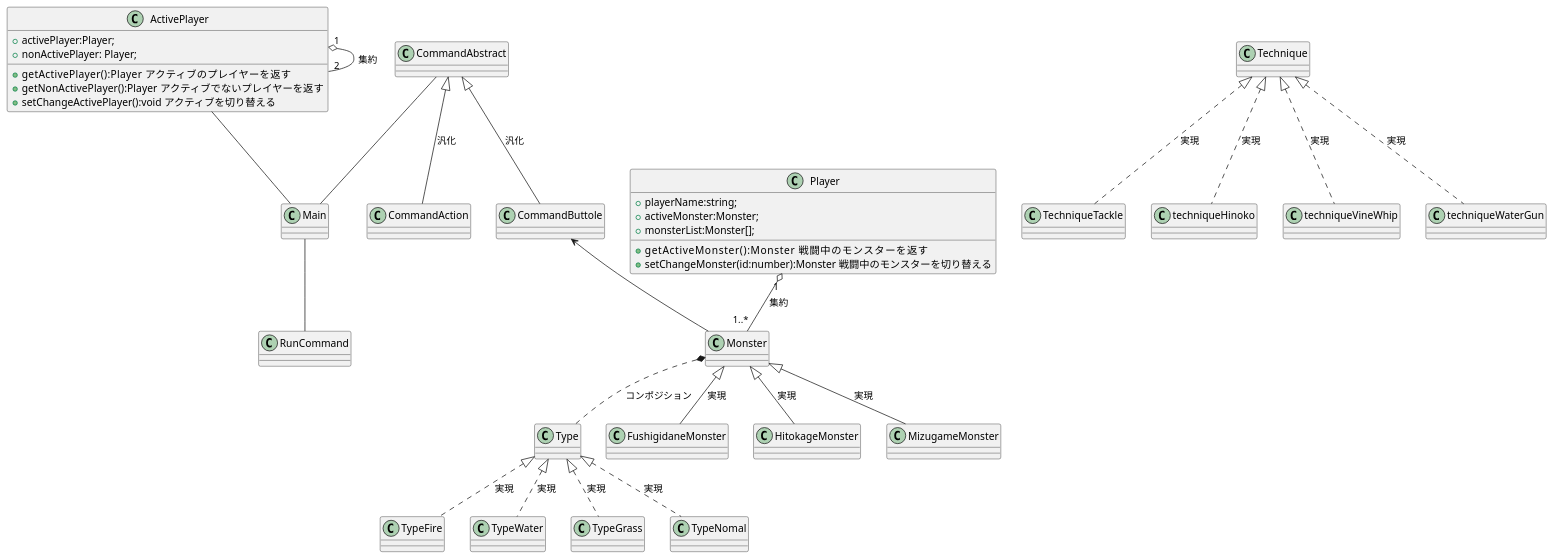
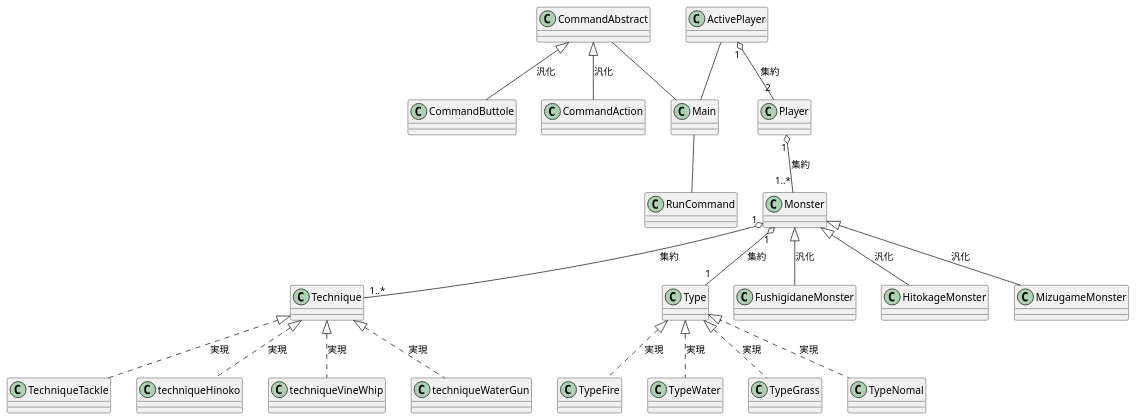
One commit to Nash-BETA/battle_app changed the diagram in test.pu. Above: the diagram before and after it, drawn with PlantUML. The commit also changed 11 other files, not shown here.

```diff
--- a/test.pu
+++ b/test.pu
@@ -1,49 +1,31 @@
 @startuml TwiitDisplay
-
-class ActivePlayer{
-    + activePlayer:Player;
-    + nonActivePlayer: Player;
-    + getActivePlayer():Player     アクティブのプレイヤーを返す
-    + getNonActivePlayer():Player  アクティブでないプレイヤーを返す
-    + setChangeActivePlayer():void アクティブを切り替える
-}
-
-class Player{
-    + playerName:string;
-    + activeMonster:Monster;
-    + monsterList:Monster[];
-    + getActiveMonster():Monster          戦闘中のモンスターを返す
-    + setChangeMonster(id:number):Monster 戦闘中のモンスターを切り替える
-}
 
 Main -- RunCommand
 CommandAbstract -- Main
 ActivePlayer -- Main
 
-ActivePlayer "1" o-- "2" ActivePlayer :集約
 
+ActivePlayer "1" o-- "2" Player :集約
 Player "1" o-- "1..*" Monster :集約
+Monster "1" o-- "1..*" Technique :集約
+Monster "1" o-- "1" Type :集約
 
 CommandAbstract <|-- CommandAction :汎化
 CommandAbstract <|-- CommandButtole :汎化
-CommandButtole <-- Monster
 
-Monster *.. Type :コンポジション
-
-Monster  <|-- FushigidaneMonster : 実現
-Monster  <|-- HitokageMonster : 実現
-Monster  <|-- MizugameMonster : 実現
-
+Monster  <|-- FushigidaneMonster : 汎化
+Monster  <|-- HitokageMonster : 汎化
+Monster  <|-- MizugameMonster : 汎化
 
 Technique  <|.. TechniqueTackle : 実現
 Technique  <|.. techniqueHinoko : 実現
 Technique  <|.. techniqueVineWhip : 実現
 Technique  <|.. techniqueWaterGun : 実現
 
 Type <|.. TypeFire : 実現
 Type <|.. TypeWater : 実現
 Type <|.. TypeGrass : 実現
 Type <|.. TypeNomal : 実現
 
 
 @enduml
```
